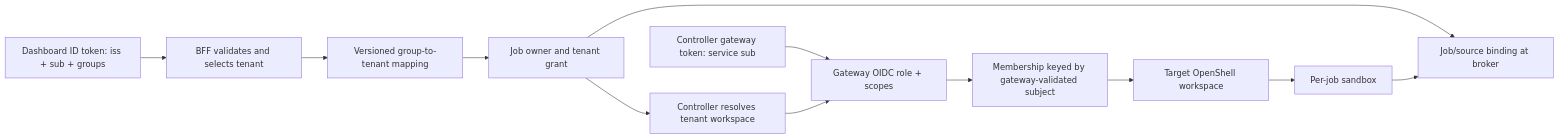
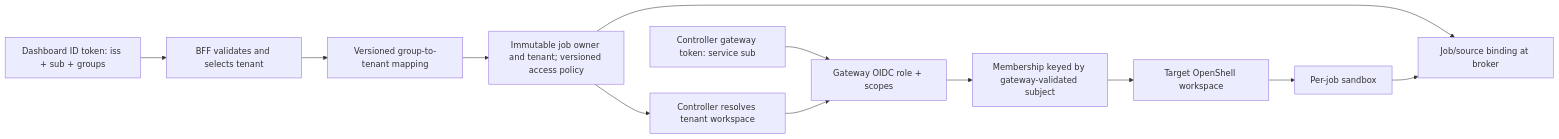
Before and after one commit to gvaibhav/openshell-deep-research-platform: the fifth of 8 diagrams in docs/okta/requirements-and-design.md, drawn with Mermaid. The commit also changed other lines of this file and 41 other files, not shown here.

First line of the commit message:
Enhance job access control and evidence handling

````diff
--- a/docs/okta/requirements-and-design.md
+++ b/docs/okta/requirements-and-design.md
@@ -236,14 +248,14 @@
 ```mermaid
 flowchart LR
     Login["Dashboard ID token: iss + sub + groups"] --> BFF["BFF validates and selects tenant"]
     BFF --> Mapping["Versioned group-to-tenant mapping"]
-    Mapping --> Job["Job owner and tenant grant"]
+    Mapping --> Job["Immutable job owner and tenant; versioned access policy"]
     Job --> Controller["Controller resolves tenant workspace"]
     Service["Controller gateway token: service sub"] --> Gateway["Gateway OIDC role + scopes"]
     Controller --> Gateway
     Gateway --> Membership["Membership keyed by gateway-validated subject"]
     Membership --> Workspace["Target OpenShell workspace"]
     Job --> Broker["Job/source binding at broker"]
     Workspace --> Sandbox["Per-job sandbox"]
     Sandbox --> Broker
 ```
````
